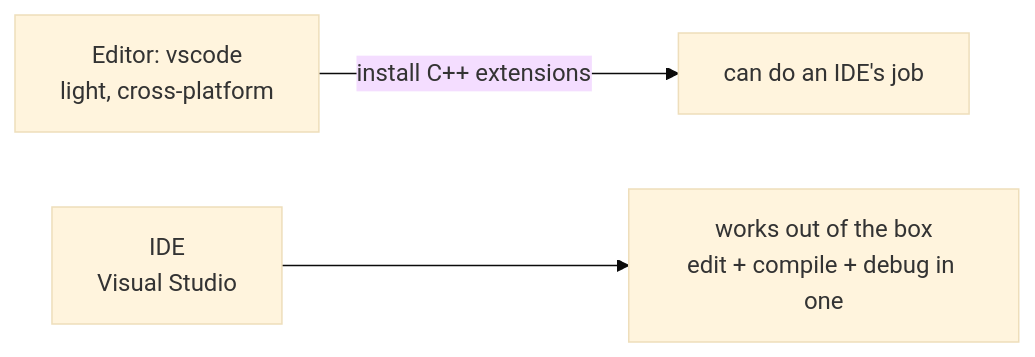
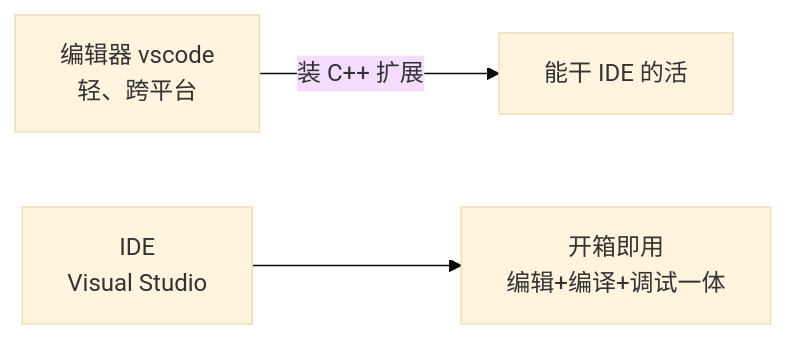
Before and after one commit to Awesome-Embedded-Learning-Studio/Tutorial_AwesomeModernCPP: the first of 2 diagrams in documents/en/getting-started/01-editor-and-compiler.md, drawn with Mermaid (base theme). The commit also changed other lines of this file and 749 other files, not shown here.

````diff
--- a/documents/en/getting-started/01-editor-and-compiler.md
+++ b/documents/en/getting-started/01-editor-and-compiler.md
@@ -51,5 +51,5 @@
 ```mermaid
 flowchart LR
-    A["Editor: vscode<br/>light, cross-platform"] -->|install C++ extensions| B["can do an IDE's job"]
-    C["IDE<br/>Visual Studio"] --> D["works out of the box<br/>edit + compile + debug in one"]
+    A["编辑器 vscode<br/>轻、跨平台"] -->|装 C++ 扩展| B["能干 IDE 的活"]
+    C["IDE<br/>Visual Studio"] --> D["开箱即用<br/>编辑+编译+调试一体"]
 ```
````
